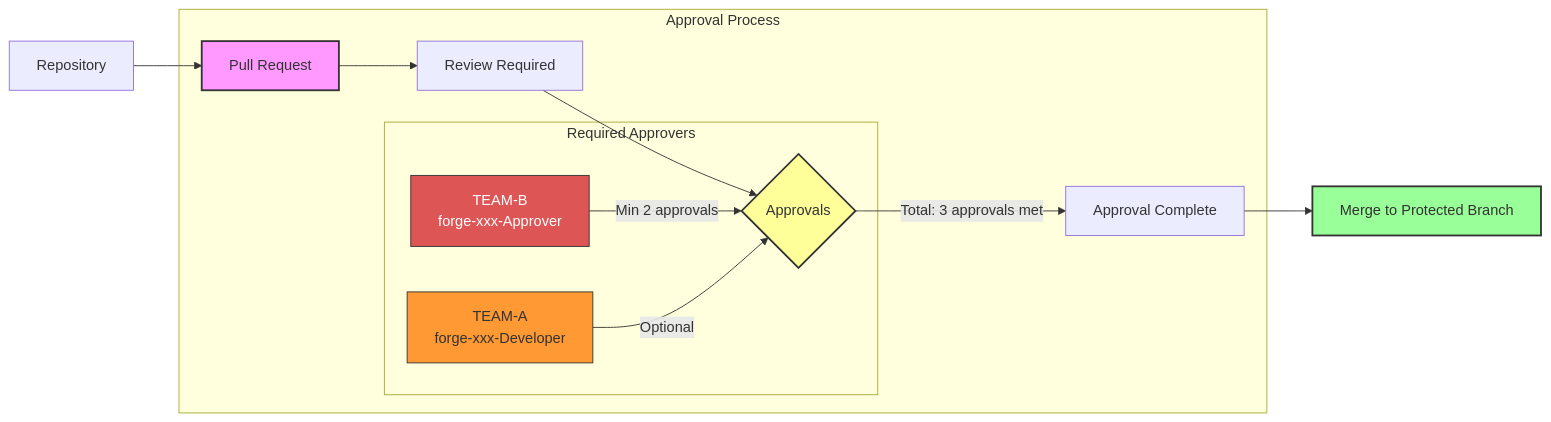
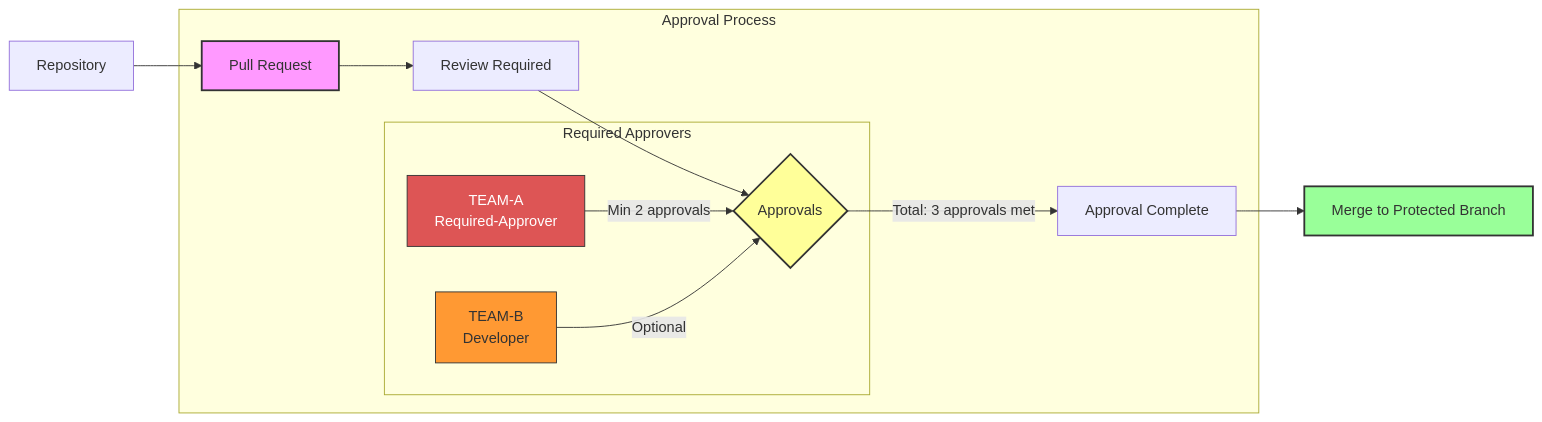
Before and after one commit to jefeish/github-action-team-approval: the first of 2 diagrams in README.md, drawn with Mermaid.

````diff
--- a/README.md
+++ b/README.md
@@ -74,24 +74,24 @@
 ```mermaid
 graph LR
     Repo[Repository] --> PR[Pull Request]
     
     subgraph "Approval Process"
         PR --> A[Review Required]
         A --> B{Approvals}
         
         subgraph "Required Approvers"
-            TeamB[TEAM-B<br>forge-xxx-Approver] -->|Min 2 approvals| B
-            TeamA[TEAM-A<br>forge-xxx-Developer] -->|Optional| B
+            TeamB[TEAM-A<br>Required-Approver] -->|Min 2 approvals| B
+            TeamA[TEAM-B<br>Developer] -->|Optional| B
         end
         
         B -->|Total: 3 approvals met| C[Approval Complete]
     end
     
     C --> Merge[Merge to Protected Branch]
     
     style PR fill: #f9f,stroke:#333,stroke-width:2px
     style TeamA fill: #FF9933,stroke:#333,stroke-width:1px
     style TeamB color: #fff, fill:#d55,stroke:#333,stroke-width:1px
     style B fill:#ff9,stroke:#333,stroke-width:2px
     style Merge fill:#9f9,stroke:#333,stroke-width:2px
 ```
````
